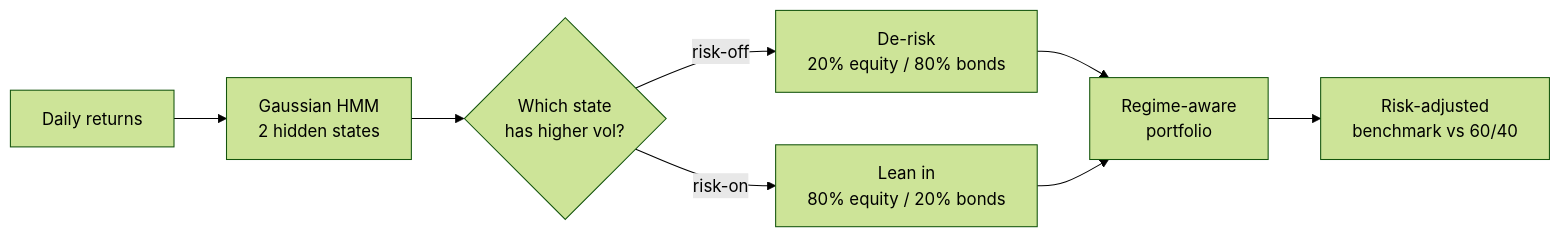
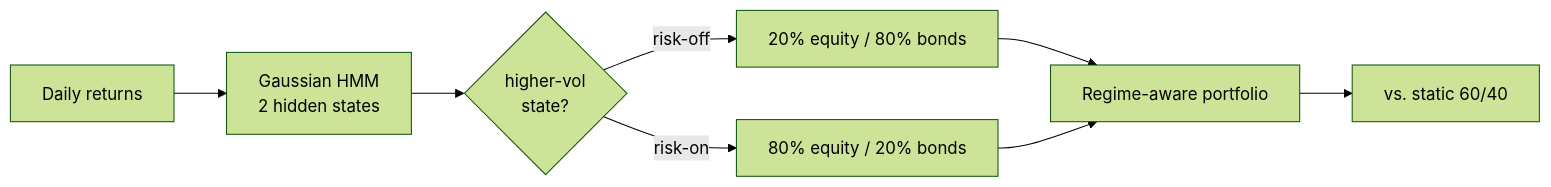
Before and after one commit to adrian-erlikhman/regime-aware-portfolio-optimizer: the diagram in README.md, drawn with Mermaid (forest theme). The commit also changed other lines of this file, not shown here.

Commit message:
Condense README (keep diagram, cut prose)

````diff
--- a/README.md
+++ b/README.md
@@ -25,10 +7,10 @@
 ```mermaid
 flowchart LR
     A[Daily returns] --> B[Gaussian HMM<br/>2 hidden states]
-    B --> C{Which state<br/>has higher vol?}
-    C -->|risk-off| D[De-risk<br/>20% equity / 80% bonds]
-    C -->|risk-on| E[Lean in<br/>80% equity / 20% bonds]
-    D --> F[Regime-aware<br/>portfolio]
+    B --> C{higher-vol<br/>state?}
+    C -->|risk-off| D[20% equity / 80% bonds]
+    C -->|risk-on| E[80% equity / 20% bonds]
+    D --> F[Regime-aware portfolio]
     E --> F
-    F --> G[Risk-adjusted<br/>benchmark vs 60/40]
+    F --> G[vs. static 60/40]
 ```
````
